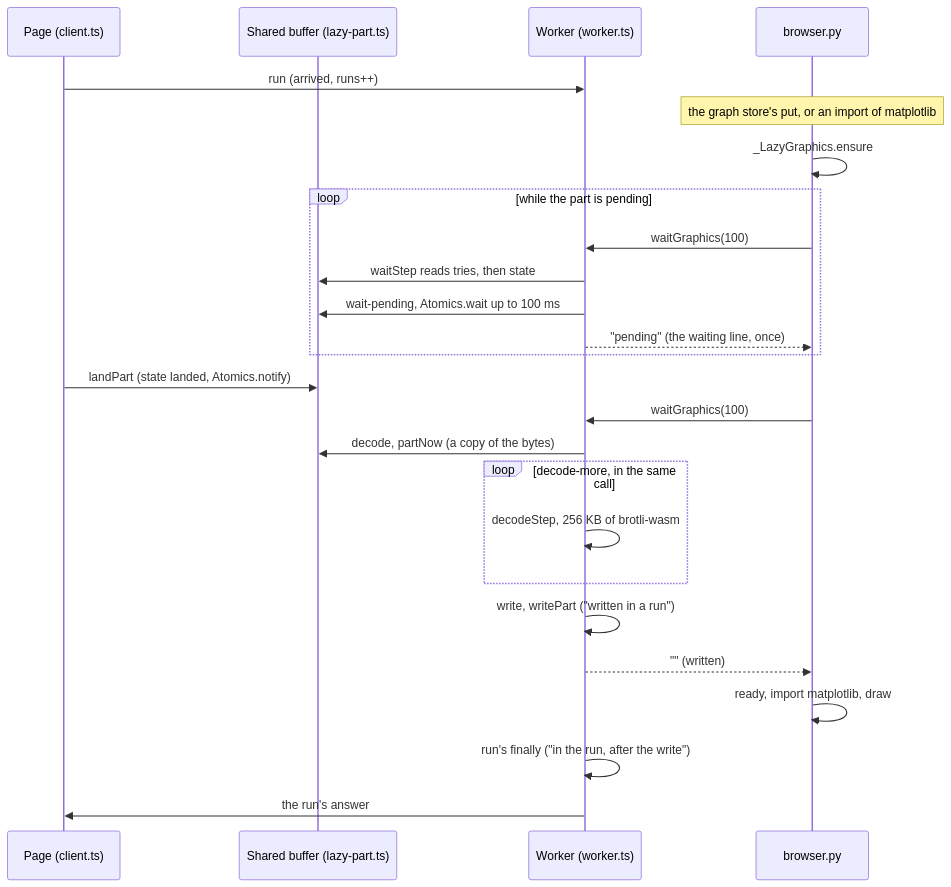
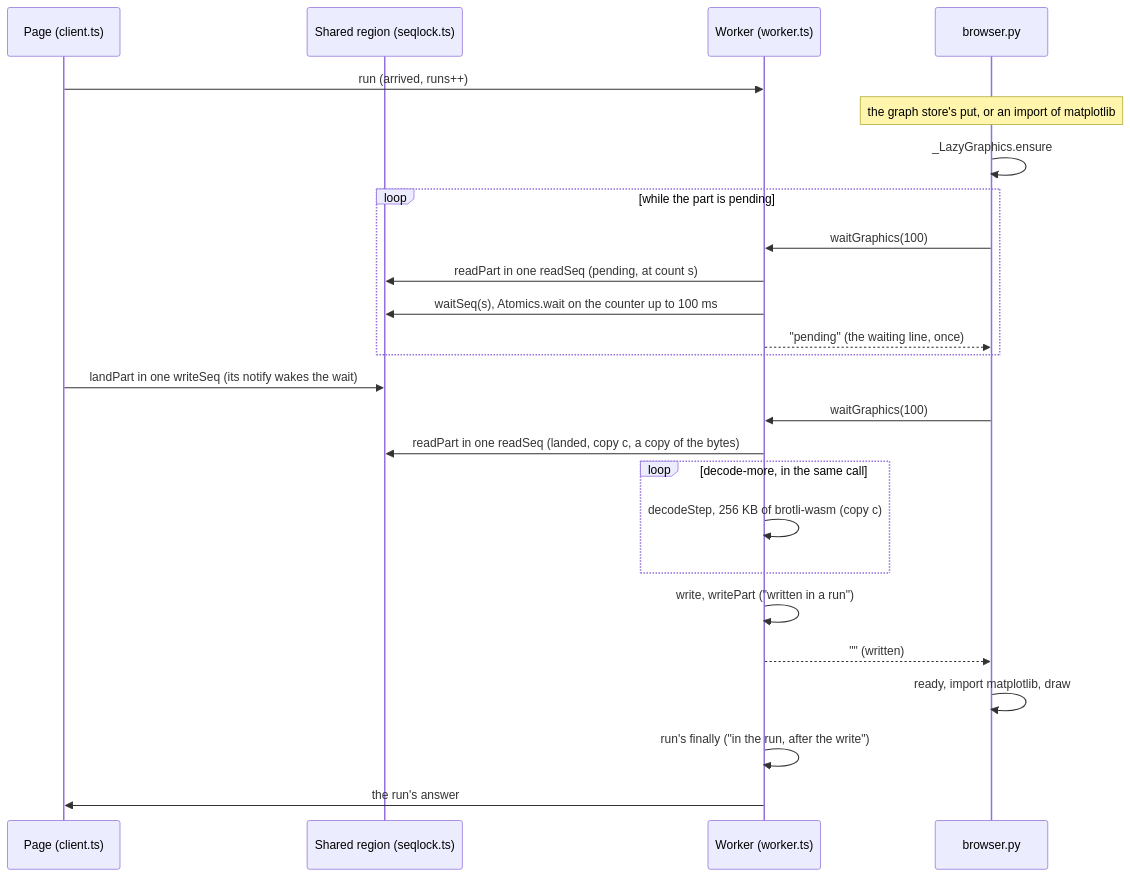
One commit to jeffzyliu/dofile changed the second of 6 diagrams in docs/design/lazy-graphics.md. Above: the diagram before and after it, drawn with Mermaid. The commit also changed other lines of this file, not shown here.

Commit message:
docs: the R1 note as one design after decision A: a seqlock utility (writeSeq, readSeq) that enforces the region's rule by construction, both machines on it, the worker region re-weighed, the seqlock spike's results, and the decisions at the end

````diff
--- a/docs/design/lazy-graphics.md
+++ b/docs/design/lazy-graphics.md
@@ -118,27 +120,27 @@
 ```mermaid
 sequenceDiagram
     participant P as Page (client.ts)
-    participant B as Shared buffer (lazy-part.ts)
+    participant B as Shared region (seqlock.ts)
     participant W as Worker (worker.ts)
     participant Y as browser.py
     P->>W: run (arrived, runs++)
     Note over Y: the graph store's put, or an import of matplotlib
     Y->>Y: _LazyGraphics.ensure
     loop while the part is pending
         Y->>W: waitGraphics(100)
-        W->>B: waitStep reads tries, then state
-        W->>B: wait-pending, Atomics.wait up to 100 ms
+        W->>B: readPart in one readSeq (pending, at count s)
+        W->>B: waitSeq(s), Atomics.wait on the counter up to 100 ms
         W-->>Y: "pending" (the waiting line, once)
     end
-    P->>B: landPart (state landed, Atomics.notify)
+    P->>B: landPart in one writeSeq (its notify wakes the wait)
     Y->>W: waitGraphics(100)
-    W->>B: decode, partNow (a copy of the bytes)
+    W->>B: readPart in one readSeq (landed, copy c, a copy of the bytes)
     loop decode-more, in the same call
-        W->>W: decodeStep, 256 KB of brotli-wasm
+        W->>W: decodeStep, 256 KB of brotli-wasm (copy c)
     end
     W->>W: write, writePart ("written in a run")
     W-->>Y: "" (written)
     Y->>Y: ready, import matplotlib, draw
     W->>W: run's finally ("in the run, after the write")
     W->>P: the run's answer
 ```
````
